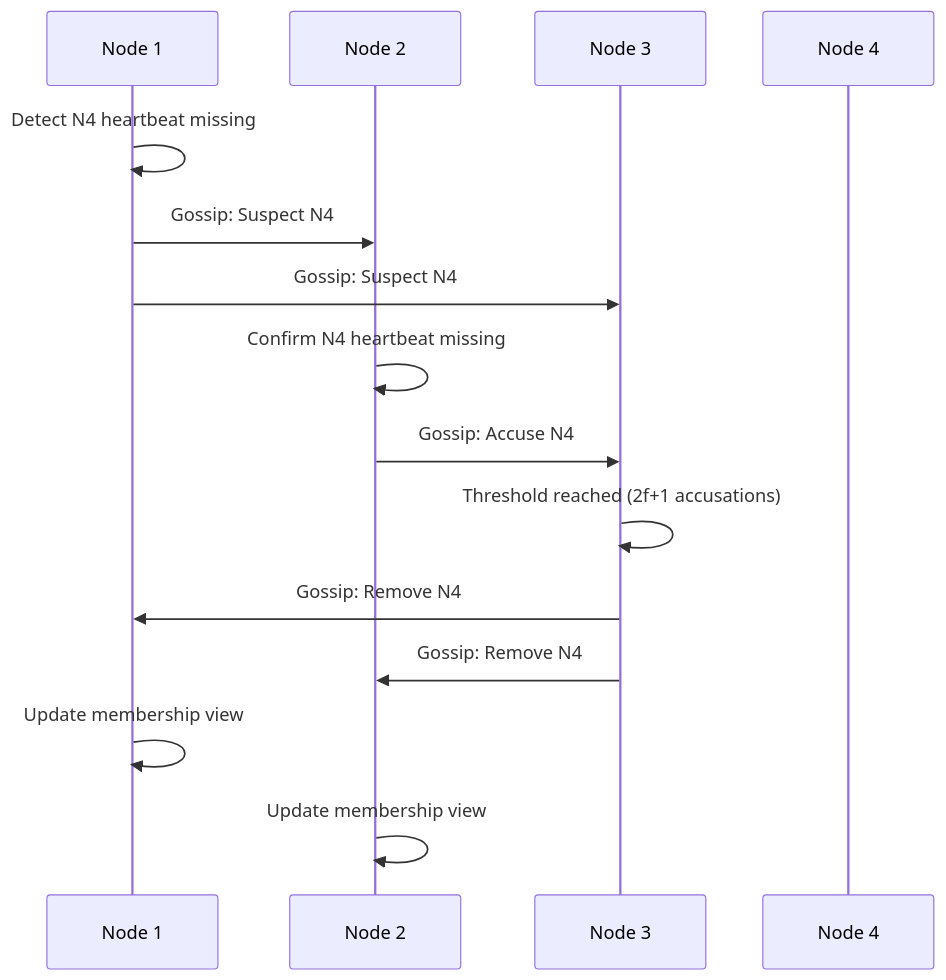
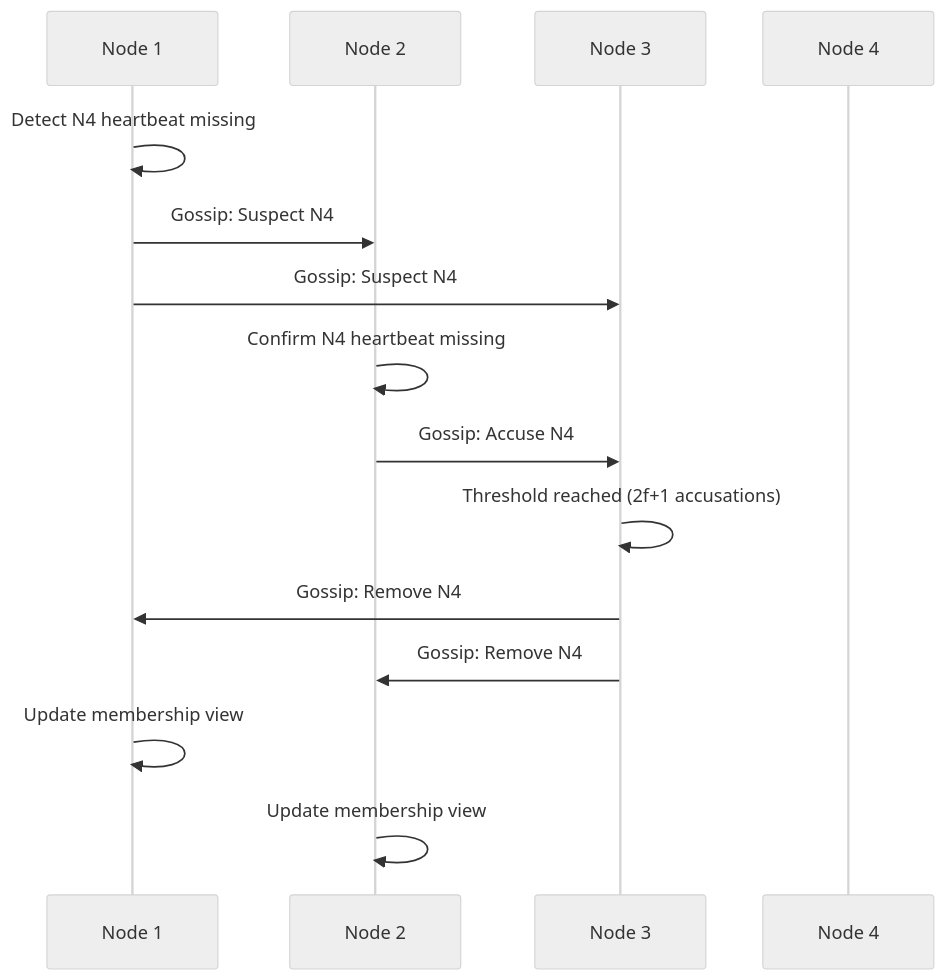
One commit to Hellblazer/a-demo changed the eighth of 8 diagrams in ARCHITECTURE.md. Above: the diagram before and after it, drawn with Mermaid. The commit also changed other lines of this file, not shown here.

First line of the commit message:
Hide Mermaid diagram controls in ARCHITECTURE.md

````diff
--- a/ARCHITECTURE.md
+++ b/ARCHITECTURE.md
@@ -487,18 +494,19 @@
 ```mermaid
+%%{init: {'theme':'neutral'}}%%
 sequenceDiagram
     participant N1 as Node 1
     participant N2 as Node 2
     participant N3 as Node 3
     participant N4 as Node 4
 
     N1->>N1: Detect N4 heartbeat missing
     N1->>N2: Gossip: Suspect N4
     N1->>N3: Gossip: Suspect N4
     N2->>N2: Confirm N4 heartbeat missing
     N2->>N3: Gossip: Accuse N4
     N3->>N3: Threshold reached (2f+1 accusations)
     N3->>N1: Gossip: Remove N4
     N3->>N2: Gossip: Remove N4
     N1->>N1: Update membership view
     N2->>N2: Update membership view
 ```
````
